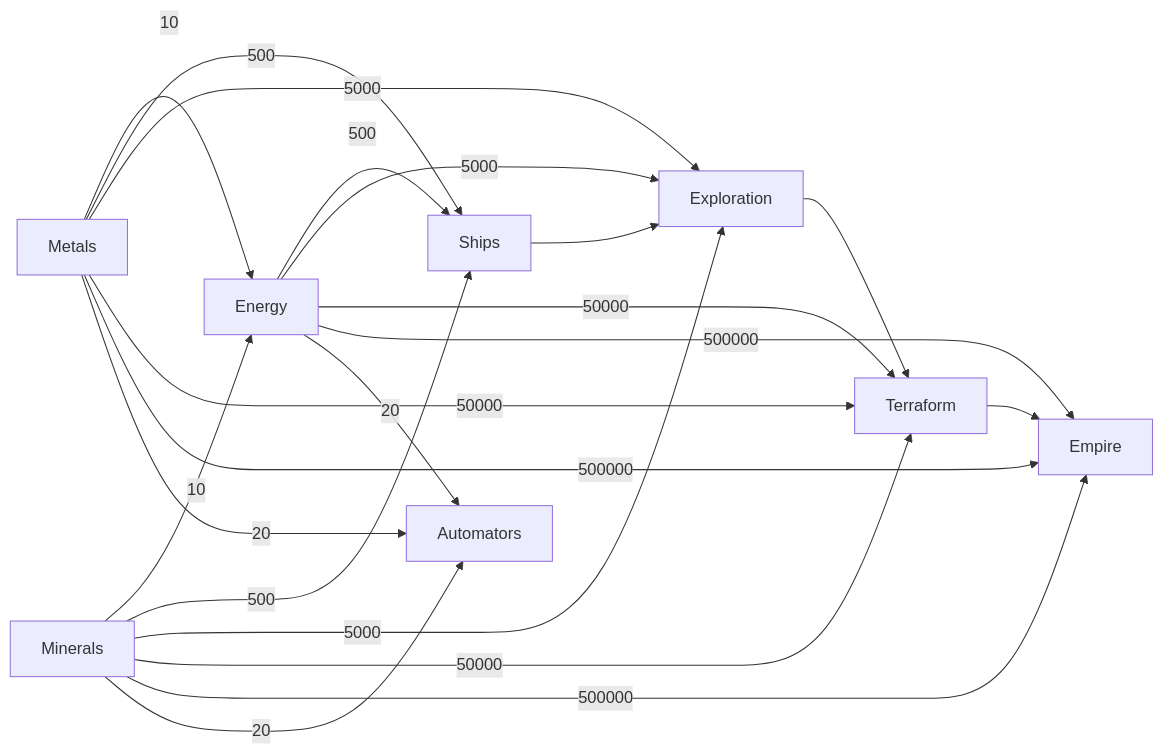
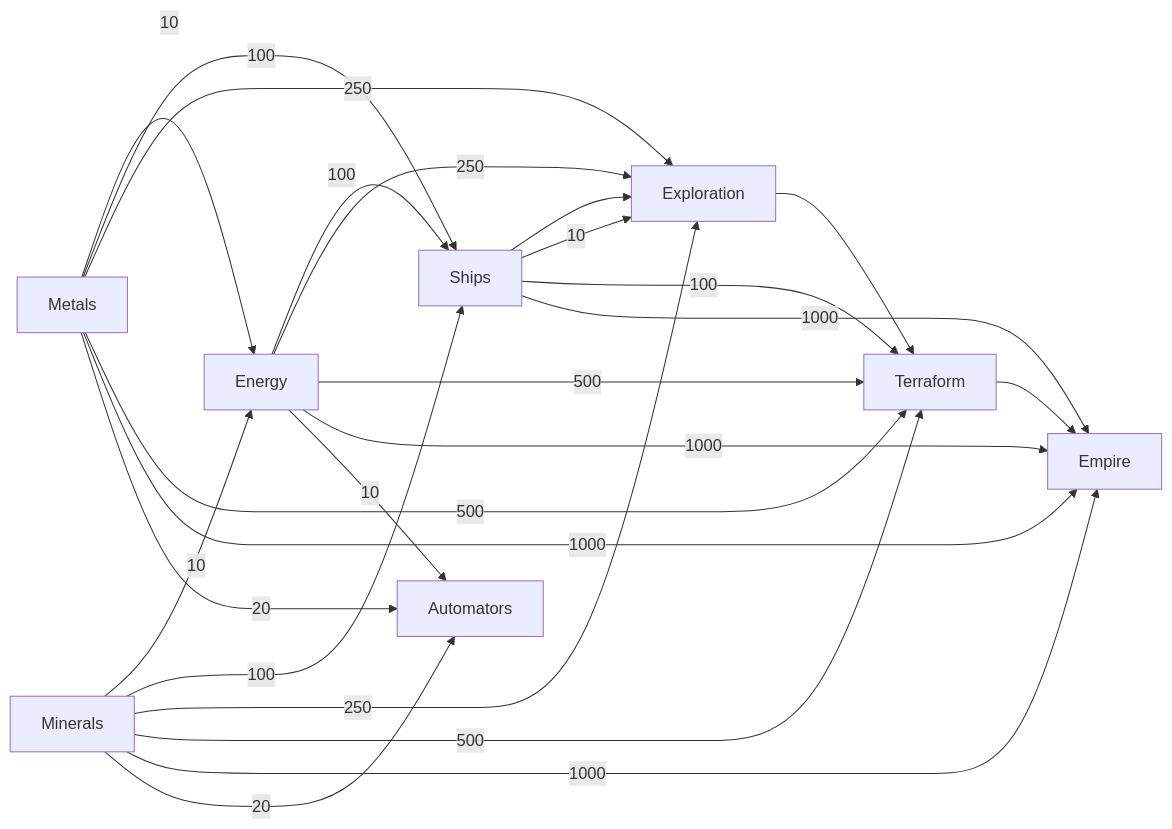
Before and after one commit to tidalvirus/cosmicidle: the second of 2 diagrams in README.md, drawn with Mermaid. The commit also changed other lines of this file and 1 other file, not shown here.

Commit message:
Added exploration, terraforming, and empire. Adjusted speeds

````diff
--- a/README.md
+++ b/README.md
@@ -70,25 +70,29 @@
 ```mermaid
 flowchart LR
 
 Ships --> Exploration --> Terraform --> Empire
 
 Metals -- 10 --> Energy
-Metals -- 500 --> Ships
-Metals -- 5000 --> Exploration
-Metals -- 50000 --> Terraform
-Metals -- 500000 --> Empire
+Metals -- 100 --> Ships
+Metals -- 250 --> Exploration
+Metals -- 500 --> Terraform
+Metals -- 1000 --> Empire
 Minerals -- 10 --> Energy
-Minerals -- 500 --> Ships
-Minerals -- 5000 --> Exploration
-Minerals -- 50000 --> Terraform
-Minerals -- 500000 --> Empire
+Minerals -- 100 --> Ships
+Minerals -- 250 --> Exploration
+Minerals -- 500 --> Terraform
+Minerals -- 1000 --> Empire
 
-Energy -- 500 --> Ships
-Energy -- 5000 --> Exploration
-Energy -- 50000 --> Terraform
-Energy -- 500000 --> Empire
+Energy -- 100 --> Ships
+Energy -- 250 --> Exploration
+Energy -- 500 --> Terraform
+Energy -- 1000 --> Empire
 
-Energy -- 20 --> Automators
+Ships -- 10 --> Exploration
+Ships -- 100 --> Terraform
+Ships -- 1000 --> Empire
+
+Energy -- 10 --> Automators
 Minerals -- 20 --> Automators
 Metals -- 20 --> Automators
 ```
````
